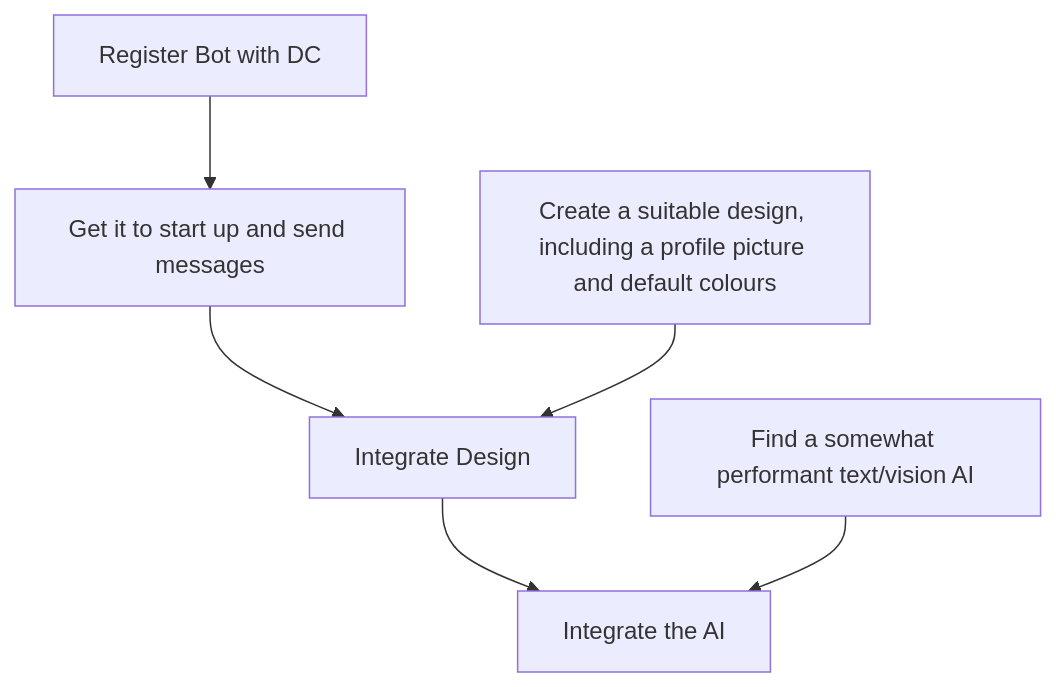
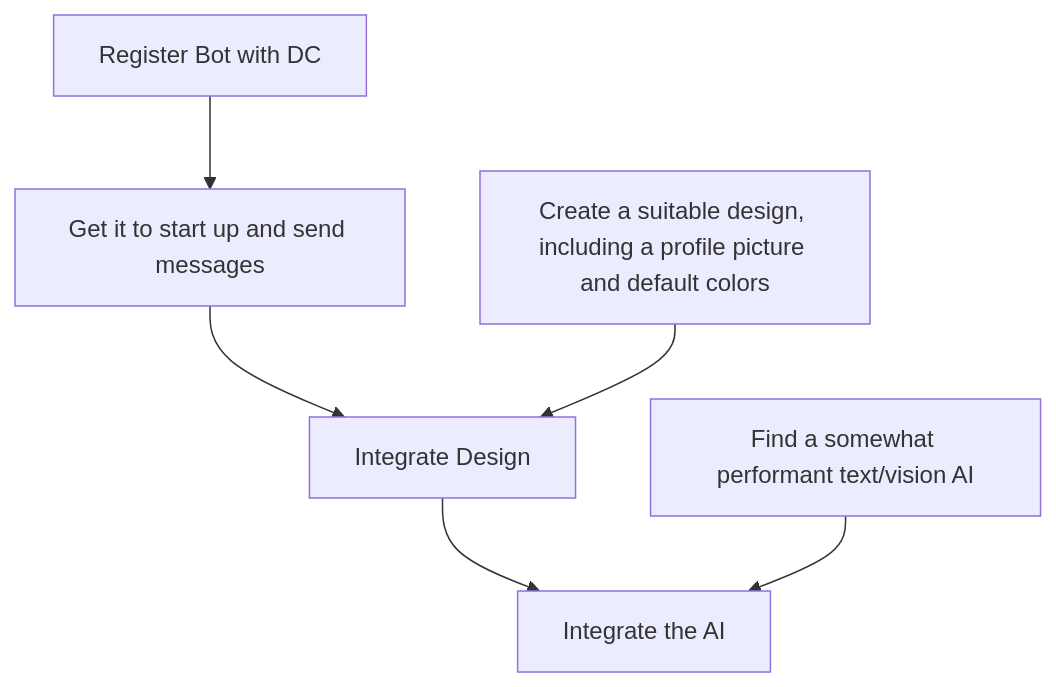
The diagram in README.md (GraceHopper0012/discord-ai), drawn with Mermaid before and after one commit.

````diff
--- a/README.md
+++ b/README.md
@@ -4,6 +4,6 @@
 ```mermaid
 graph TD;
     A["Register Bot with DC"] --> B["Get it to start up and send messages"] --> E["Integrate Design"] --> D
     C["Find a somewhat performant text/vision AI"] --> D["Integrate the AI"]
-    F["Create a suitable design, including a profile picture and default colours"] --> E
+    F["Create a suitable design, including a profile picture and default colors"] --> E
 ```
````
